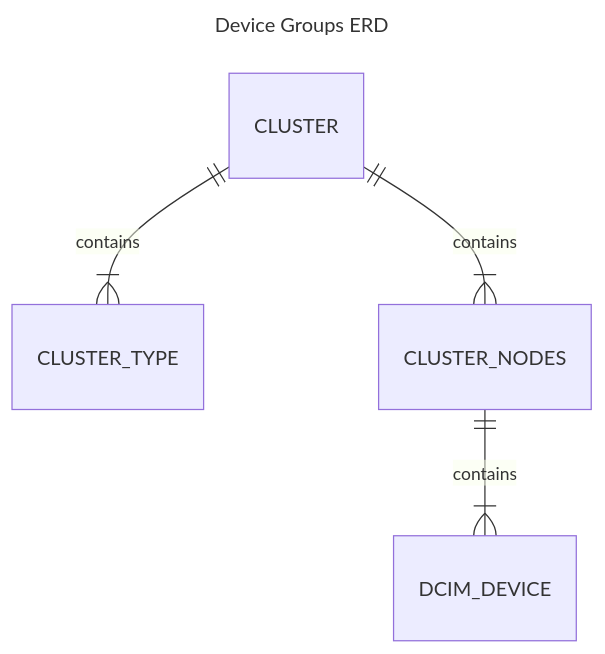
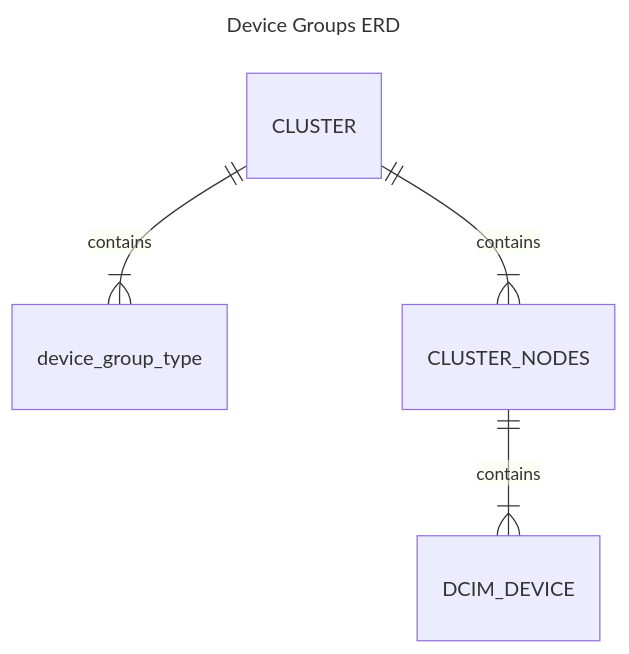
Before and after one commit to sapcc/netbox-device-groups: the diagram in docs/dev/design.md, drawn with Mermaid. The commit also changed 29 other files, not shown here.

````diff
--- a/docs/dev/design.md
+++ b/docs/dev/design.md
@@ -36,9 +36,9 @@
 ```mermaid
 ---
 title: Device Groups ERD
 ---
 erDiagram
-    CLUSTER ||--|{ CLUSTER_TYPE : contains
+    CLUSTER ||--|{ device_group_type : contains
     CLUSTER ||--|{ CLUSTER_NODES : contains
     CLUSTER_NODES ||--|{ DCIM_DEVICE : contains
 ```
````
